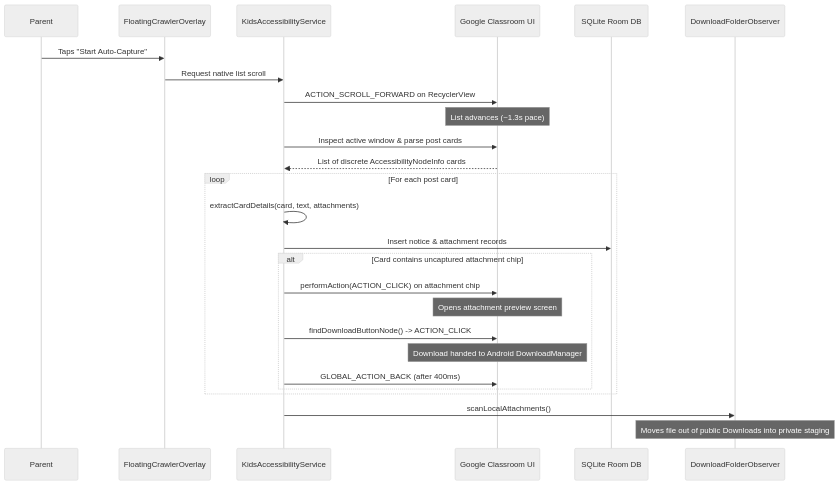
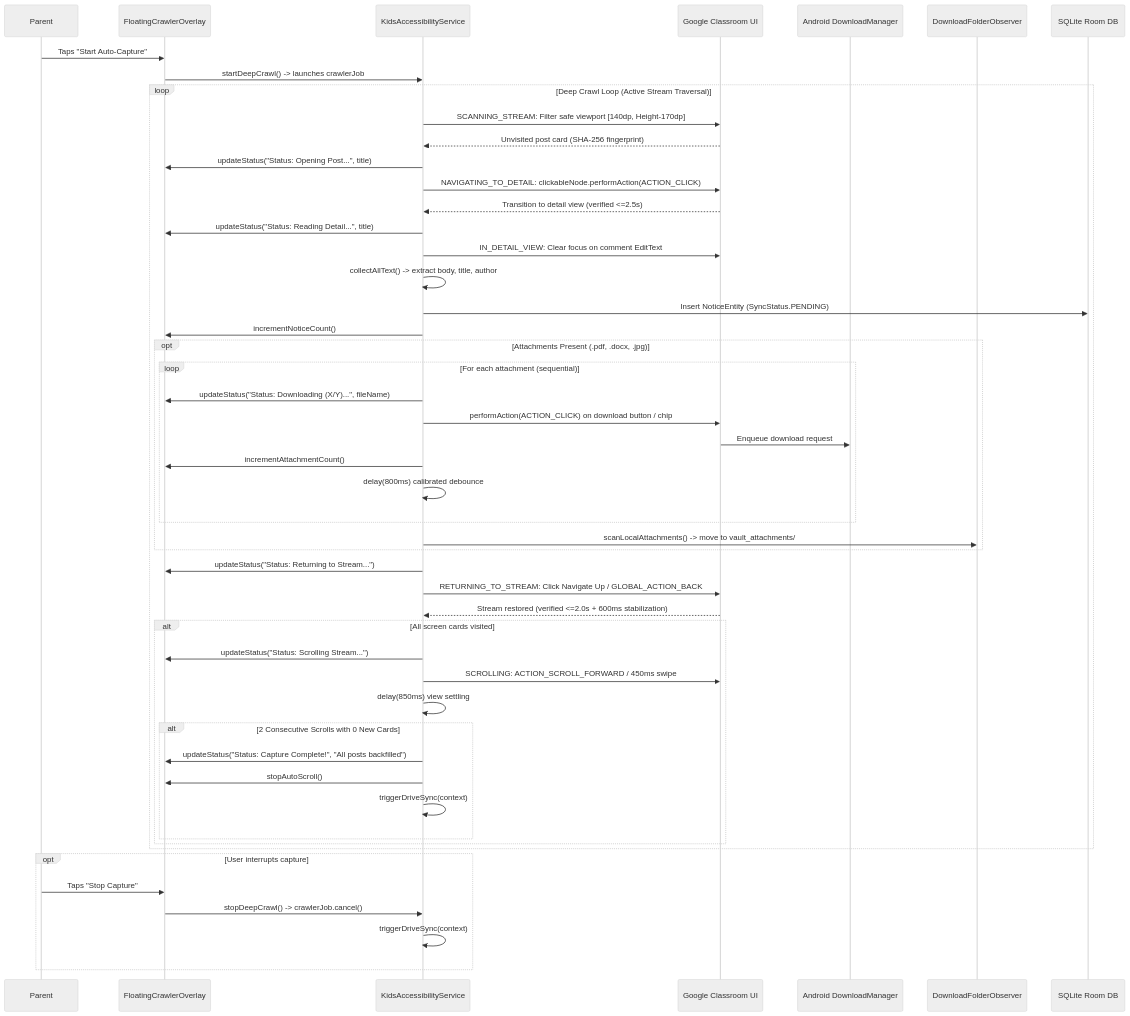
The fourth of 8 diagrams in docs/TECHNICAL_ARCHITECTURE.md (daarshnicsanjeev/K.I.D.S), drawn with Mermaid (neutral theme) before and after one commit. The commit also changed other lines of this file and 11 other files, not shown here.

Commit message:
feat(crawler): upgrade classroom crawler to deep post-detail FSM with autonomous attachment download

````diff
--- a/docs/TECHNICAL_ARCHITECTURE.md
+++ b/docs/TECHNICAL_ARCHITECTURE.md
@@ -284,31 +323,60 @@
 ```mermaid
 sequenceDiagram
     participant USR as Parent
     participant OV as FloatingCrawlerOverlay
     participant ACS as KidsAccessibilityService
     participant GC as Google Classroom UI
+    participant DM as Android DownloadManager
+    participant DFO as DownloadFolderObserver
     participant DB as SQLite Room DB
-    participant DFO as DownloadFolderObserver
 
     USR->>OV: Taps "Start Auto-Capture"
-    OV->>ACS: Request native list scroll
-    ACS->>GC: ACTION_SCROLL_FORWARD on RecyclerView
-    Note over GC: List advances (~1.3s pace)
-    ACS->>GC: Inspect active window & parse post cards
-    GC-->>ACS: List of discrete AccessibilityNodeInfo cards
+    OV->>ACS: startDeepCrawl() -> launches crawlerJob
     
-    loop For each post card
-        ACS->>ACS: extractCardDetails(card, text, attachments)
-        ACS->>DB: Insert notice & attachment records
-        alt Card contains uncaptured attachment chip
-            ACS->>GC: performAction(ACTION_CLICK) on attachment chip
-            Note over GC: Opens attachment preview screen
-            ACS->>GC: findDownloadButtonNode() -> ACTION_CLICK
-            Note over GC: Download handed to Android DownloadManager
-            ACS->>GC: GLOBAL_ACTION_BACK (after 400ms)
+    loop Deep Crawl Loop (Active Stream Traversal)
+        ACS->>GC: SCANNING_STREAM: Filter safe viewport [140dp, Height-170dp]
+        GC-->>ACS: Unvisited post card (SHA-256 fingerprint)
+        
+        ACS->>OV: updateStatus("Status: Opening Post...", title)
+        ACS->>GC: NAVIGATING_TO_DETAIL: clickableNode.performAction(ACTION_CLICK)
+        GC-->>ACS: Transition to detail view (verified <=2.5s)
+        
+        ACS->>OV: updateStatus("Status: Reading Detail...", title)
+        ACS->>GC: IN_DETAIL_VIEW: Clear focus on comment EditText
+        ACS->>ACS: collectAllText() -> extract body, title, author
+        ACS->>DB: Insert NoticeEntity (SyncStatus.PENDING)
+        ACS->>OV: incrementNoticeCount()
+        
+        opt Attachments Present (.pdf, .docx, .jpg)
+            loop For each attachment (sequential)
+                ACS->>OV: updateStatus("Status: Downloading (X/Y)...", fileName)
+                ACS->>GC: performAction(ACTION_CLICK) on download button / chip
+                GC->>DM: Enqueue download request
+                ACS->>OV: incrementAttachmentCount()
+                ACS->>ACS: delay(800ms) calibrated debounce
+            end
+            ACS->>DFO: scanLocalAttachments() -> move to vault_attachments/
+        end
+        
+        ACS->>OV: updateStatus("Status: Returning to Stream...")
+        ACS->>GC: RETURNING_TO_STREAM: Click Navigate Up / GLOBAL_ACTION_BACK
+        GC-->>ACS: Stream restored (verified <=2.0s + 600ms stabilization)
+        
+        alt All screen cards visited
+            ACS->>OV: updateStatus("Status: Scrolling Stream...")
+            ACS->>GC: SCROLLING: ACTION_SCROLL_FORWARD / 450ms swipe
+            ACS->>ACS: delay(850ms) view settling
+            alt 2 Consecutive Scrolls with 0 New Cards
+                ACS->>OV: updateStatus("Status: Capture Complete!", "All posts backfilled")
+                ACS->>OV: stopAutoScroll()
+                ACS->>ACS: triggerDriveSync(context)
+            end
         end
     end
-    
-    ACS->>DFO: scanLocalAttachments()
-    Note over DFO: Moves file out of public Downloads into private staging
+
+    opt User interrupts capture
+        USR->>OV: Taps "Stop Capture"
+        OV->>ACS: stopDeepCrawl() -> crawlerJob.cancel()
+        ACS->>ACS: triggerDriveSync(context)
+    end
 ```
````
